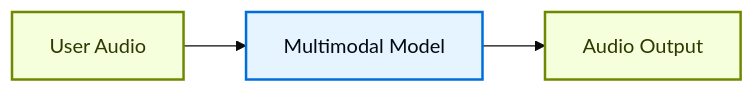
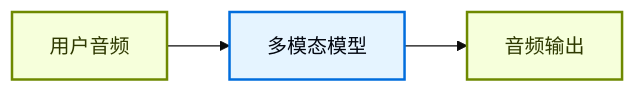
Before and after one commit to CodeFly16/langchain-cn-doc: the second of 2 diagrams in oss/python/langchain/voice-agent.mdx, drawn with Mermaid (base theme). The commit also changed other lines of this file and 106 other files, not shown here.

````diff
--- a/oss/python/langchain/voice-agent.mdx
+++ b/oss/python/langchain/voice-agent.mdx
@@ -65,11 +65,11 @@
 ```mermaid
 flowchart LR
-    A[User Audio] --> B[Multimodal Model]
-    B --> C[Audio Output]
+    A[用户音频] --> B[多模态模型]
+    B --> C[音频输出]
 
     classDef trigger fill:#F6FFDB,stroke:#6E8900,stroke-width:2px,color:#2E3900
     classDef process fill:#E5F4FF,stroke:#006DDD,stroke-width:2px,color:#030710
 
     class A,C trigger
     class B process
 ```
````
